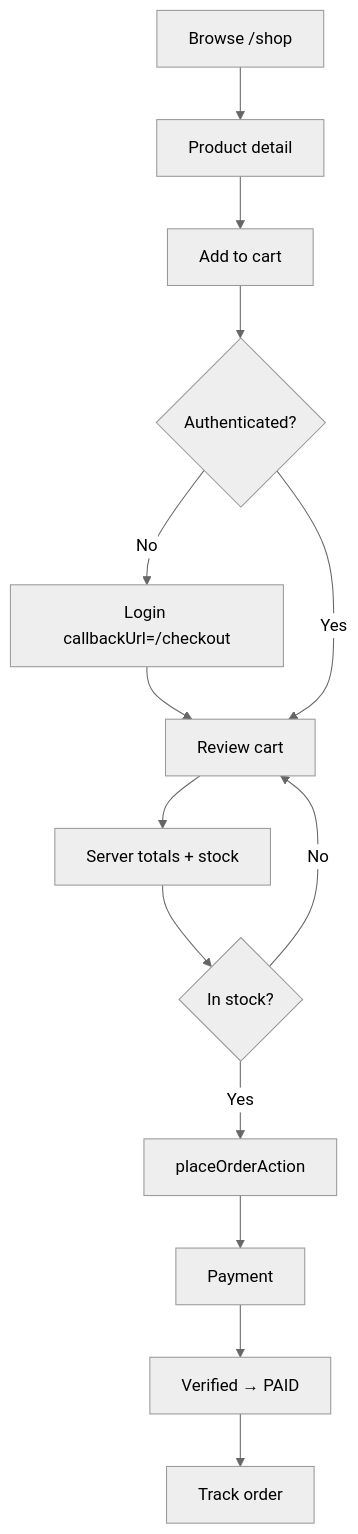
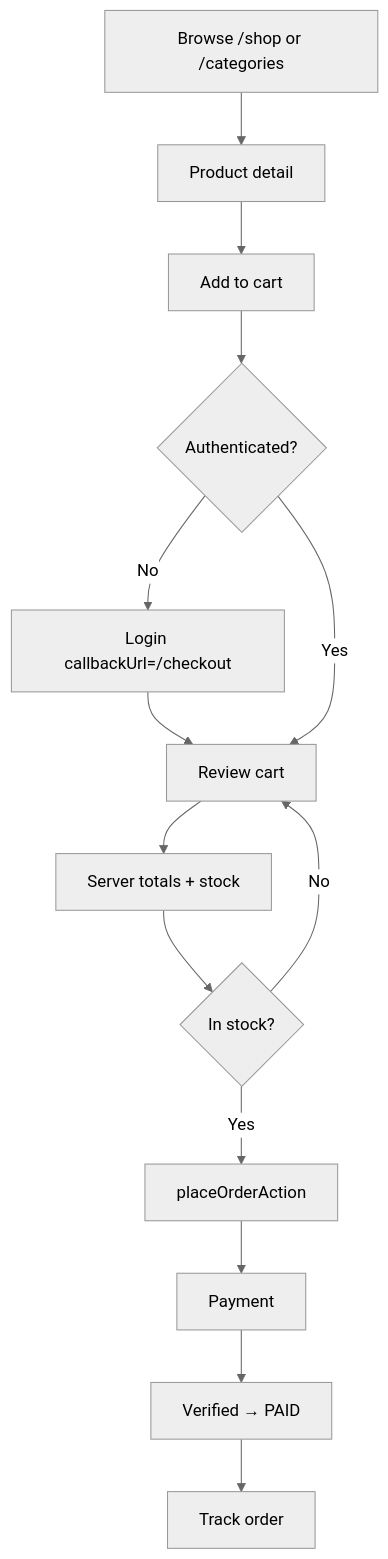
Before and after one commit to IbrEmmanuel/E-shop: the second of 2 diagrams in docs/order-management/flows.md, drawn with Mermaid (neutral theme). The commit also changed 47 other files, not shown here.

First line of the commit message:
Restore Shop and Categories with brand logo and app icons.

````diff
--- a/docs/order-management/flows.md
+++ b/docs/order-management/flows.md
@@ -31,16 +31,16 @@
 ```mermaid
 flowchart TD
-  A[Browse /shop] --> B[Product detail]
+  A[Browse /shop or /categories] --> B[Product detail]
   B --> C[Add to cart]
   C --> D{Authenticated?}
   D -- No --> E[Login callbackUrl=/checkout]
   E --> F[Review cart]
   D -- Yes --> F
   F --> G[Server totals + stock]
   G --> H{In stock?}
   H -- No --> F
   H -- Yes --> I[placeOrderAction]
   I --> J[Payment]
   J --> K[Verified → PAID]
   K --> L[Track order]
 ```
````
